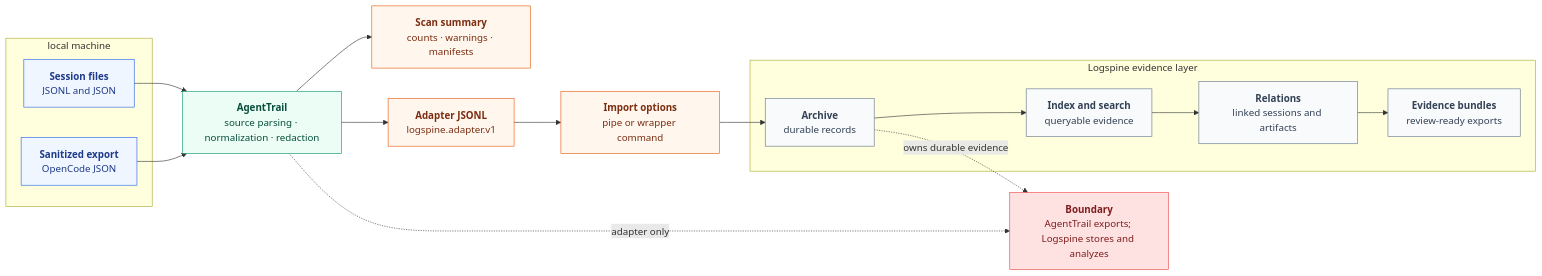
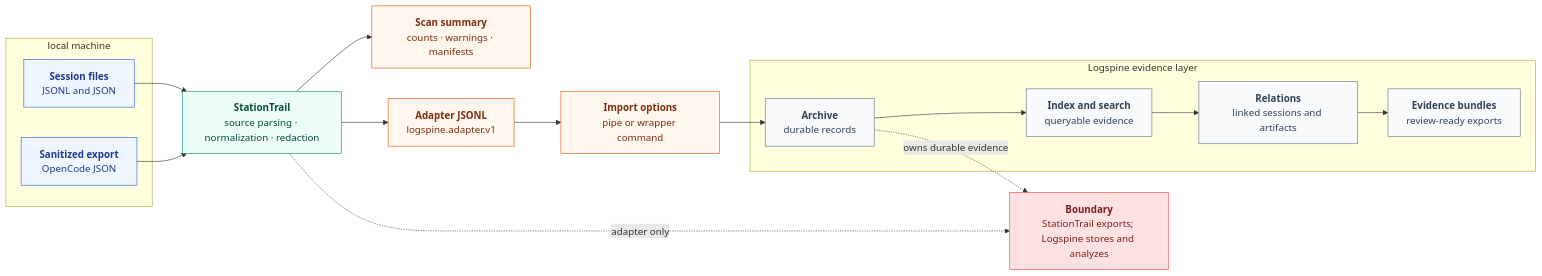
The second of 2 diagrams in README.md (solomonneas/agenttrail), drawn with Mermaid before and after one commit. The commit also changed other lines of this file and 23 other files, not shown here.

Commit message:
chore: rename agenttrail to stationtrail

````diff
--- a/README.md
+++ b/README.md
@@ -80,40 +80,40 @@
 ```mermaid
 flowchart LR
     subgraph LOCAL [" local machine "]
         FILES["<b>Session files</b><br/>JSONL and JSON"]
         EXPORT["<b>Sanitized export</b><br/>OpenCode JSON"]
     end
 
-    AGENTTRAIL["<b>AgentTrail</b><br/>source parsing &middot; normalization &middot; redaction"]
+    STATIONTRAIL["<b>StationTrail</b><br/>source parsing &middot; normalization &middot; redaction"]
     SUMMARY["<b>Scan summary</b><br/>counts &middot; warnings &middot; manifests"]
     ADAPTER["<b>Adapter JSONL</b><br/>logspine.adapter.v1"]
     IMPORT["<b>Import options</b><br/>pipe or wrapper command"]
 
-    FILES & EXPORT --> AGENTTRAIL
-    AGENTTRAIL --> ADAPTER --> IMPORT
-    AGENTTRAIL --> SUMMARY
+    FILES & EXPORT --> STATIONTRAIL
+    STATIONTRAIL --> ADAPTER --> IMPORT
+    STATIONTRAIL --> SUMMARY
 
     subgraph LOGSPINE [" Logspine evidence layer "]
         ARCHIVE["<b>Archive</b><br/>durable records"]
         INDEX["<b>Index and search</b><br/>queryable evidence"]
         RELATIONS["<b>Relations</b><br/>linked sessions and artifacts"]
         BUNDLES["<b>Evidence bundles</b><br/>review-ready exports"]
     end
 
     IMPORT --> ARCHIVE --> INDEX --> RELATIONS --> BUNDLES
 
-    BOUNDARY["<b>Boundary</b><br/>AgentTrail exports; Logspine stores and analyzes"]
-    AGENTTRAIL -. adapter only .-> BOUNDARY
+    BOUNDARY["<b>Boundary</b><br/>StationTrail exports; Logspine stores and analyzes"]
+    STATIONTRAIL -. adapter only .-> BOUNDARY
     ARCHIVE -. owns durable evidence .-> BOUNDARY
 
     classDef source fill:#eff6ff,stroke:#2563eb,color:#1e3a8a;
     classDef process fill:#ecfdf5,stroke:#059669,color:#064e3b;
     classDef stream fill:#fff7ed,stroke:#ea580c,color:#7c2d12;
     classDef sink fill:#f8fafc,stroke:#64748b,color:#334155;
     classDef guard fill:#fee2e2,stroke:#ef4444,color:#7f1d1d;
     class FILES,EXPORT source;
-    class AGENTTRAIL process;
+    class STATIONTRAIL process;
     class ADAPTER,IMPORT,SUMMARY stream;
     class ARCHIVE,INDEX,RELATIONS,BUNDLES sink;
     class BOUNDARY guard;
 ```
````
